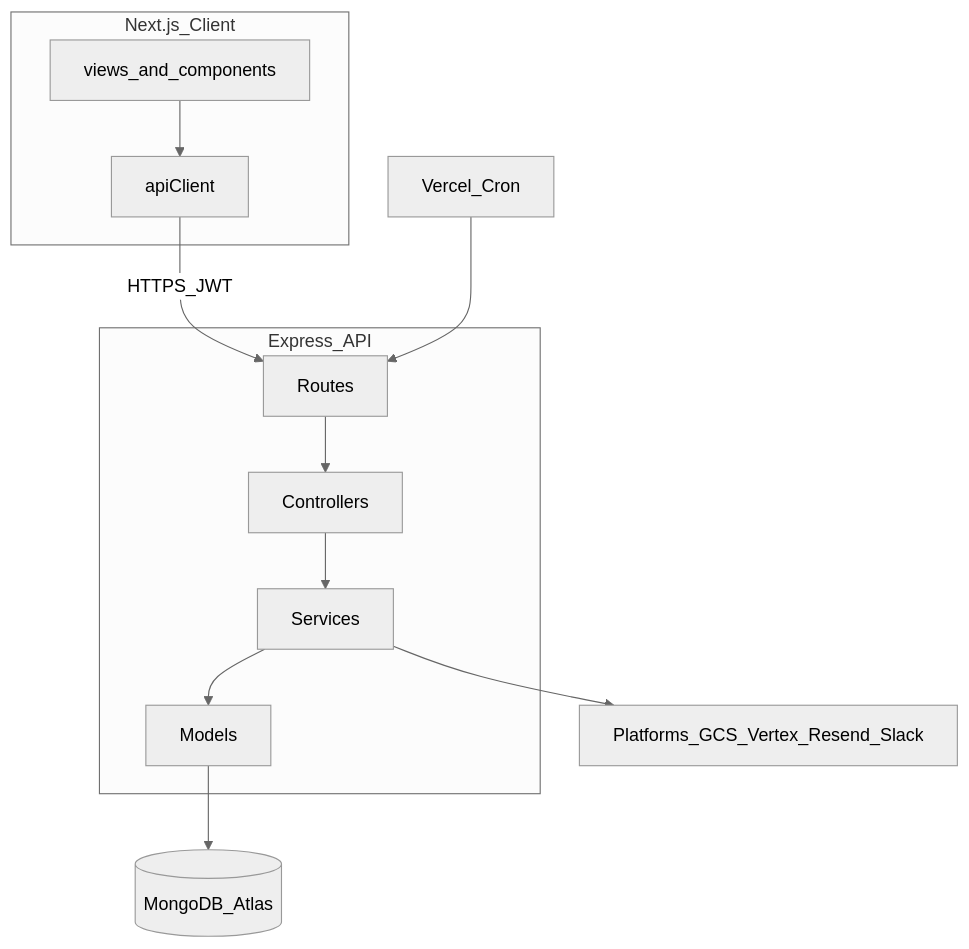
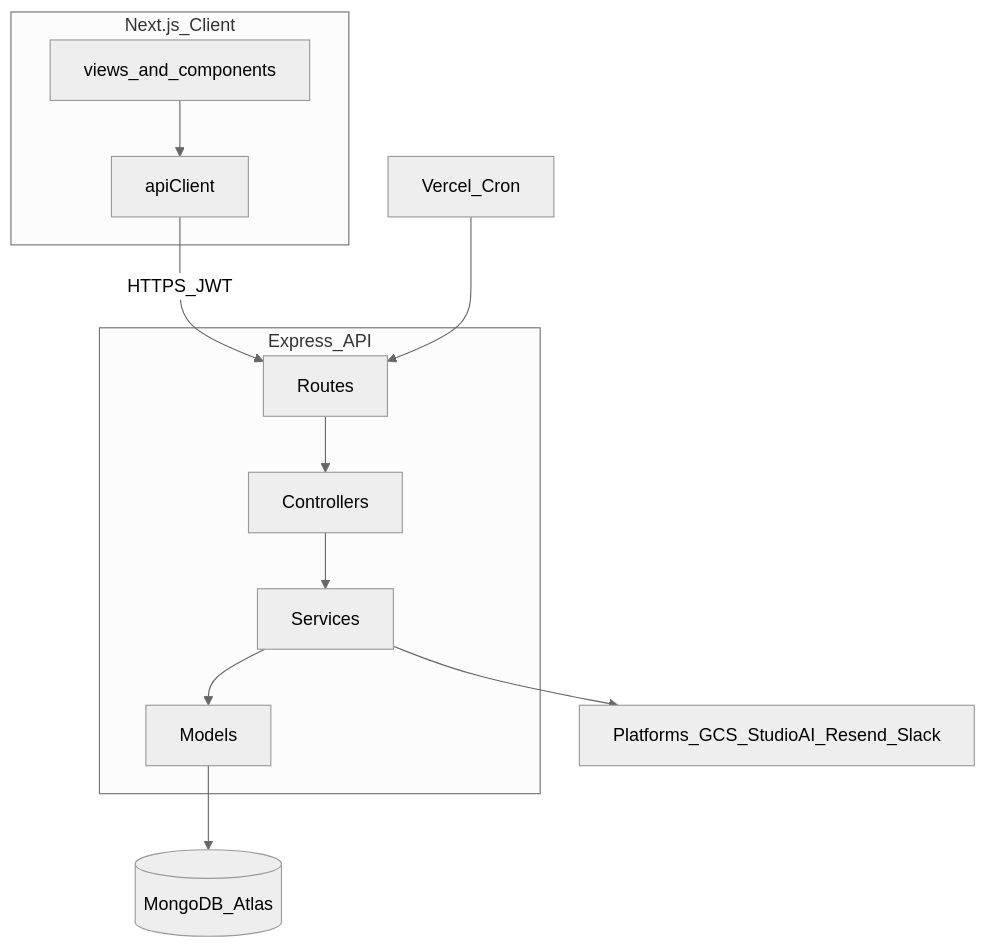
The diagram in docs/ARCHITECTURE.md (FarukhSaifi/SyncApp), drawn with Mermaid (neutral theme) before and after one commit. The commit also changed 24 other files, not shown here.

````diff
--- a/docs/ARCHITECTURE.md
+++ b/docs/ARCHITECTURE.md
@@ -8,15 +8,15 @@
 ```mermaid
 flowchart TB
   subgraph client [Next.js_Client]
     Views[views_and_components]
     API[apiClient]
     Views --> API
   end
   subgraph server [Express_API]
     Routes --> Controllers --> Services --> Models
   end
   API -->|HTTPS_JWT| Routes
   Models --> MongoDB[(MongoDB_Atlas)]
-  Services --> External[Platforms_GCS_Vertex_Resend_Slack]
+  Services --> External[Platforms_GCS_StudioAI_Resend_Slack]
   Cron[Vercel_Cron] --> Routes
 ```
````
